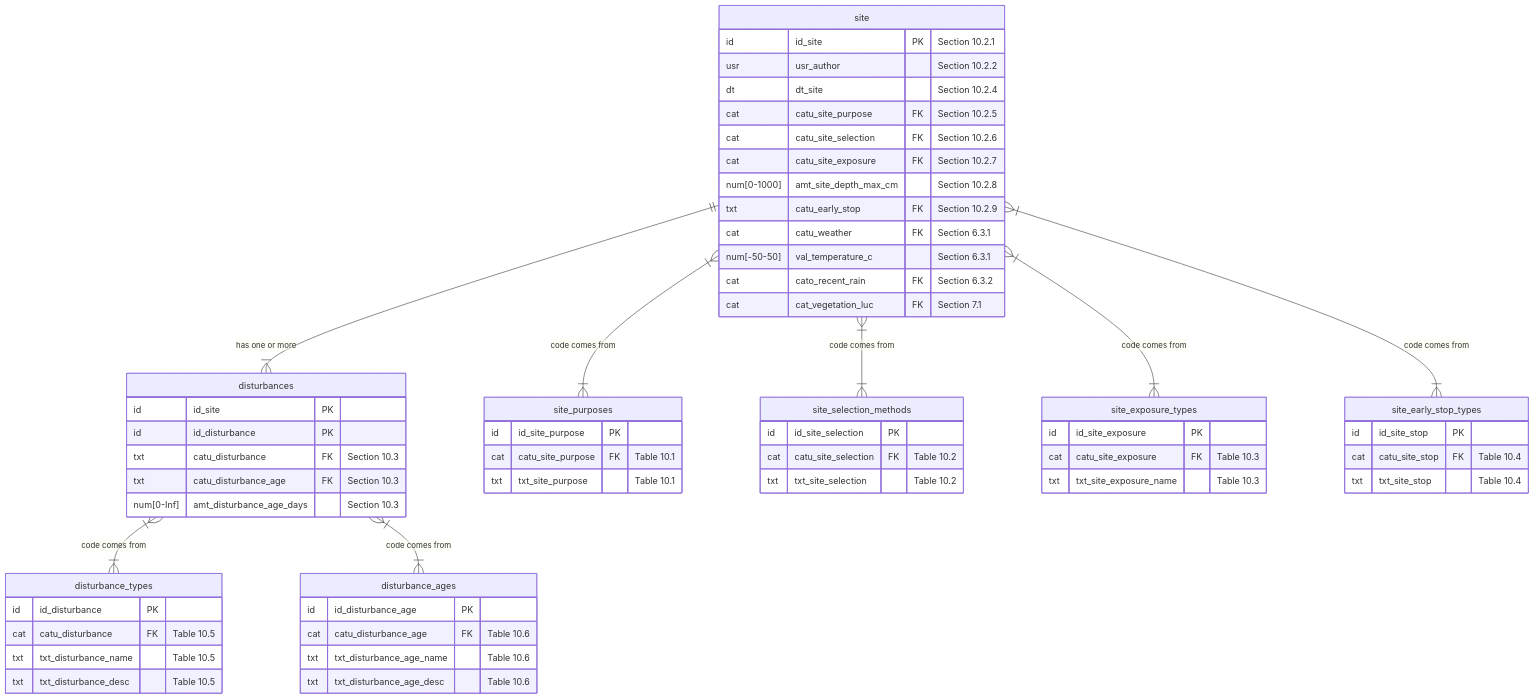
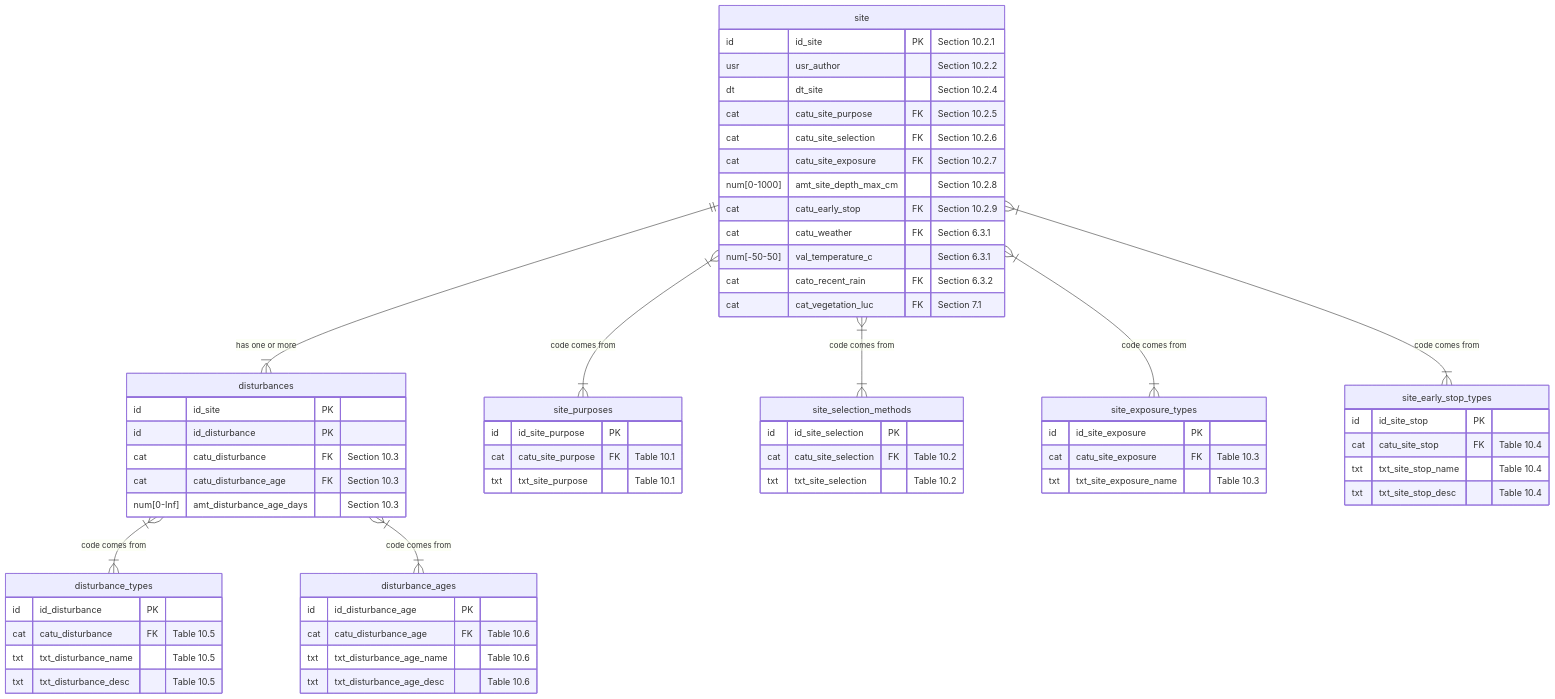
Before and after one commit to manaakiwhenua/NZ_soildesc_2024: the fifth of 25 diagrams in ap_03_database_design.qmd, drawn with Mermaid. The commit also changed other lines of this file, not shown here.

Commit message:
Update ap_03_database_design.qmd
typos

````diff
--- a/ap_03_database_design.qmd
+++ b/ap_03_database_design.qmd
@@ -315,78 +315,79 @@
 ```{mermaid}
 %%| fig-cap: "Site - Details"
 
 %%{ init: { 'er': { 'layoutDirection': 'LR' } } }%%
 erDiagram
   site ||--|{ disturbances : "has one or more"
   disturbances }|--|{ disturbance_types : "code comes from"
   disturbances }|--|{ disturbance_ages : "code comes from"
   site }|--|{ site_purposes : "code comes from"
   site }|--|{ site_selection_methods : "code comes from"
   site }|--|{ site_exposure_types : "code comes from"
   site }|--|{ site_early_stop_types : "code comes from"
 
   site {
     id          id_site PK               "Section 10.2.1"
     usr         usr_author               "Section 10.2.2"
     dt          dt_site                  "Section 10.2.4"
     cat         catu_site_purpose FK     "Section 10.2.5"
     cat         catu_site_selection FK   "Section 10.2.6"
     cat         catu_site_exposure FK    "Section 10.2.7"
     num[0-1000] amt_site_depth_max_cm    "Section 10.2.8"
-    txt         catu_early_stop FK       "Section 10.2.9"
+    cat         catu_early_stop FK       "Section 10.2.9"
     %% weather at visit %%
     cat         catu_weather FK          "Section 6.3.1"
     num[-50-50] val_temperature_c        "Section 6.3.1"
     cat         cato_recent_rain FK      "Section 6.3.2"
     %% veg %%
     cat        cat_vegetation_luc FK     "Section 7.1"
     
   }
   
   site_purposes {
     id          id_site_purpose PK
     cat         catu_site_purpose FK     "Table 10.1"
     txt         txt_site_purpose         "Table 10.1"
   }
   
   site_selection_methods {
     id          id_site_selection PK
     cat         catu_site_selection FK   "Table 10.2"
     txt         txt_site_selection       "Table 10.2"
   }
   
   site_exposure_types {
     id          id_site_exposure PK
     cat         catu_site_exposure FK    "Table 10.3"
     txt         txt_site_exposure_name   "Table 10.3"
   }
   
   site_early_stop_types {
     id          id_site_stop PK
     cat         catu_site_stop FK        "Table 10.4"
-    txt         txt_site_stop            "Table 10.4"
+    txt         txt_site_stop_name       "Table 10.4"
+    txt         txt_site_stop_desc       "Table 10.4"
 }
   
   disturbances {
     id          id_site PK
     id          id_disturbance PK
-    txt         catu_disturbance FK      "Section 10.3"
-    txt         catu_disturbance_age FK  "Section 10.3"
+    cat         catu_disturbance FK      "Section 10.3"
+    cat         catu_disturbance_age FK  "Section 10.3"
     num[0-Inf]  amt_disturbance_age_days "Section 10.3"
   }
 
   disturbance_types {
     id          id_disturbance PK
     cat         catu_disturbance FK      "Table 10.5"
     txt         txt_disturbance_name     "Table 10.5"
     txt         txt_disturbance_desc     "Table 10.5"
   }
   
   disturbance_ages {
     id          id_disturbance_age PK
     cat         catu_disturbance_age FK  "Table 10.6"
     txt         txt_disturbance_age_name "Table 10.6"
     txt         txt_disturbance_age_desc "Table 10.6"
   }
   
 ```
````
